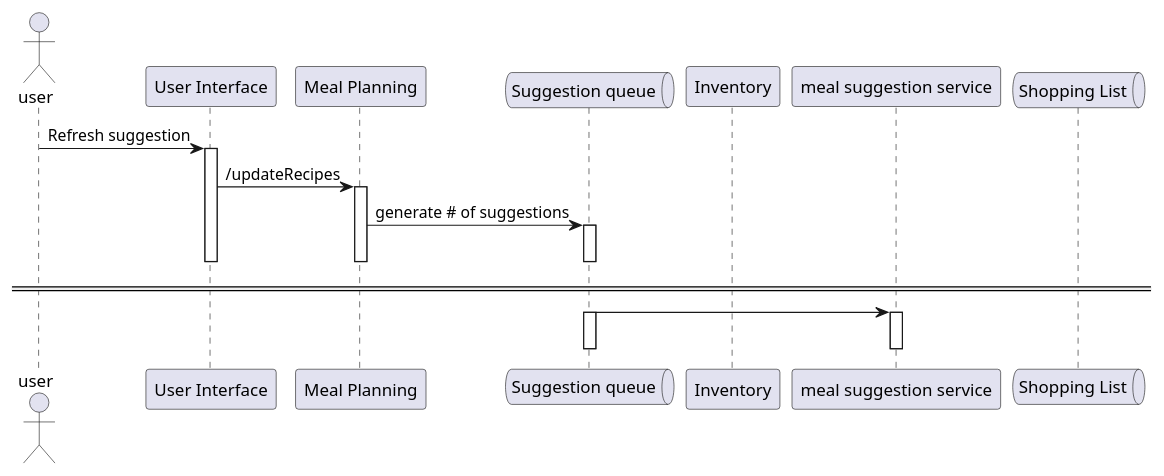
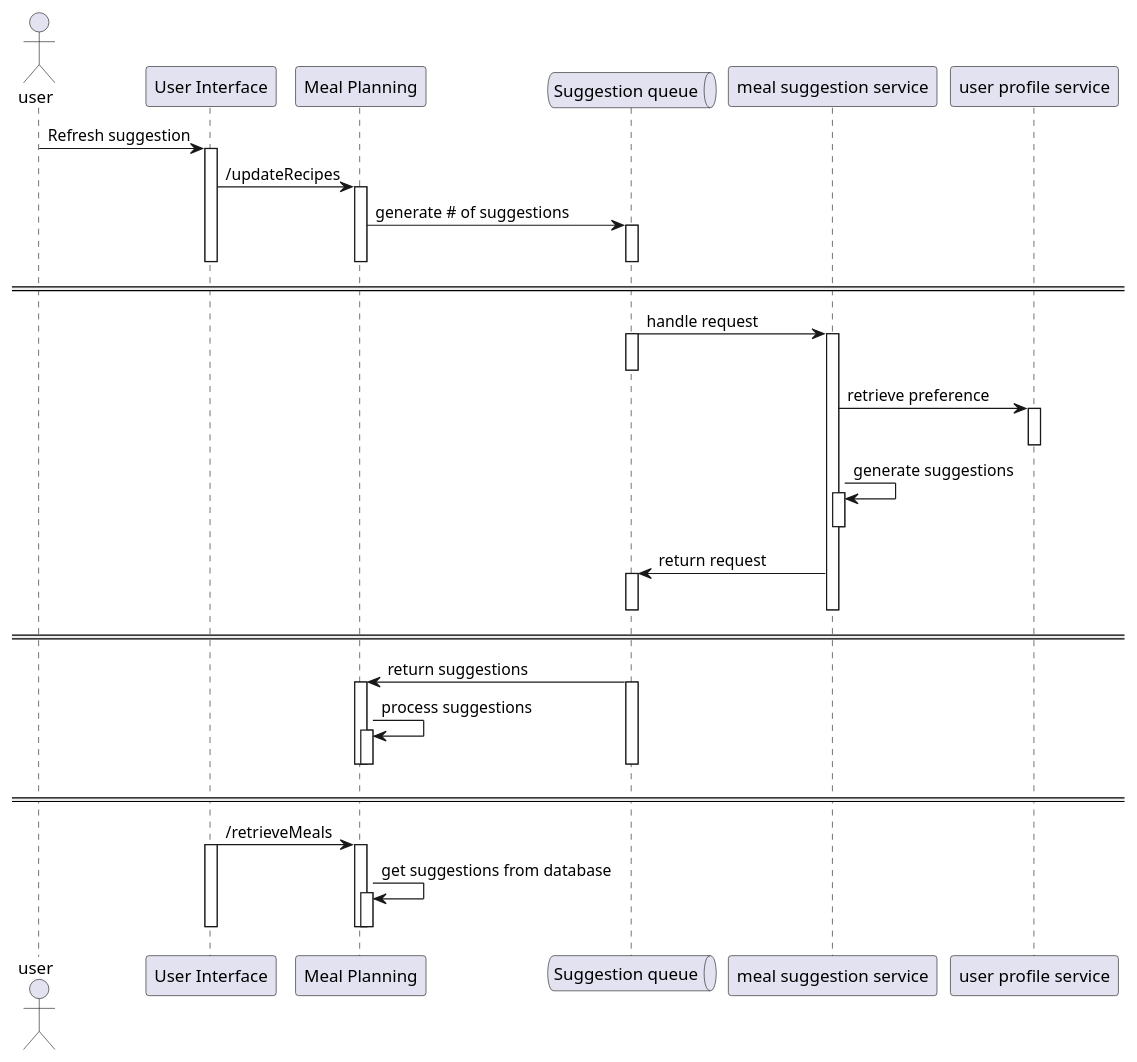
One commit to evanfranciszok/SOA-project changed the diagram in _ProjectFiles/sequenceDiagram.puml. Above: the diagram before and after it, drawn with PlantUML. The commit also changed 2 other files, not shown here.

Commit message:
update sequence diagram

```diff
--- a/_ProjectFiles/sequenceDiagram.puml
+++ b/_ProjectFiles/sequenceDiagram.puml
@@ -1,41 +1,51 @@
 @startuml "get suggestion"
 actor       user       as user
 participant "User Interface" as ui
 participant "Meal Planning" as mealplan
 queue       "Suggestion queue"       as q1
-participant "Inventory" as inventory
 participant "meal suggestion service" as suggest
-queue "Shopping List" as q2
+participant "user profile service" as profile
 
 user -> ui : Refresh suggestion
 activate ui
 ui -> mealplan : /updateRecipes
 activate mealplan
 mealplan -> q1 : generate # of suggestions
 activate q1
 deactivate q1
 deactivate mealplan
 deactivate ui
 == ==
-q1 -> suggest
+q1 -> suggest : handle request
 activate q1
 activate suggest
 deactivate q1
+suggest -> profile : retrieve preference
+activate profile
+deactivate profile
+suggest -> suggest : generate suggestions
+activate suggest
 deactivate suggest
-
-
-
-' mealplan -> inventory : Request currect inventory for user
-' activate inventory
-' deactivate inventory
-' q1 -> mealplan : generated suggestions
-' activate q1
-' deactivate q1
-' mealplan -> mealplan : select the best fitting suggestions
-' activate mealplan
-' deactivate mealplan
-' mealplan -> q2 : pass the missing ingredient to the shopping list
-' activate q2
-' deactivate q2
-' mealplan -> ui
+suggest -> q1 : return request
+activate q1
+deactivate suggest
+deactivate q1
+== ==
+q1 -> mealplan : return suggestions
+activate q1
+activate mealplan
+mealplan -> mealplan : process suggestions
+activate mealplan
+deactivate mealplan
+deactivate mealplan
+deactivate q1
+== ==
+ui -> mealplan : /retrieveMeals
+activate ui
+activate mealplan
+mealplan -> mealplan : get suggestions from database
+activate mealplan
+deactivate mealplan
+deactivate mealplan
+deactivate ui
 @enduml
```
